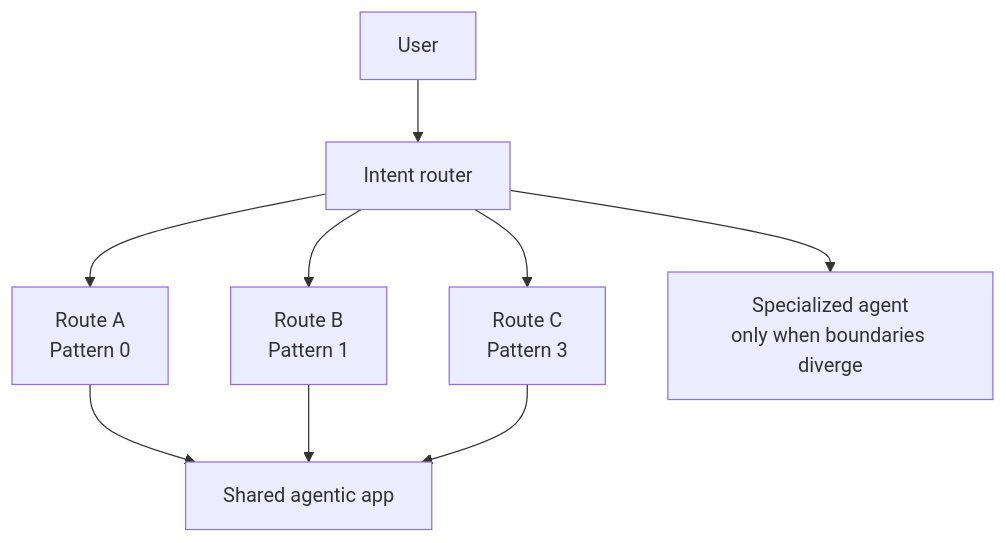
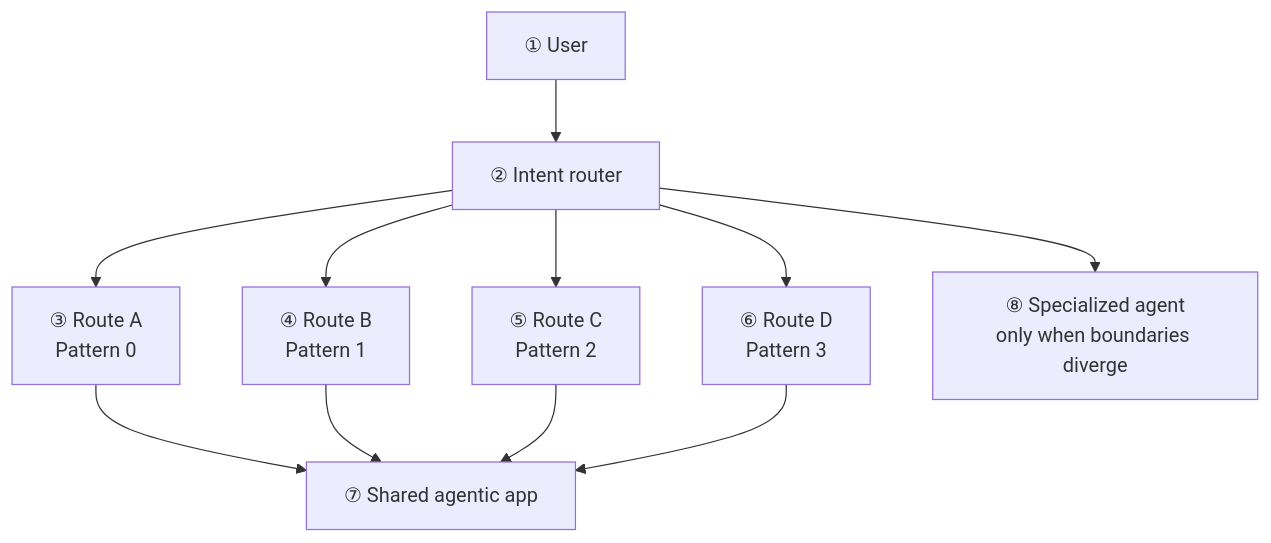
Before and after one commit to iamsharmajitender/gain: the eighth of 8 diagrams in docs/insights/2026-08-05-enterprise-ai-workflow-patterns-autonomy-vs-control/enterprise-ai-workflow-patterns-autonomy-vs-control.mdx, drawn with Mermaid. The commit also changed other lines of this file and 201 other files, not shown here.

````diff
--- a/docs/insights/2026-08-05-enterprise-ai-workflow-patterns-autonomy-vs-control/enterprise-ai-workflow-patterns-autonomy-vs-control.mdx
+++ b/docs/insights/2026-08-05-enterprise-ai-workflow-patterns-autonomy-vs-control/enterprise-ai-workflow-patterns-autonomy-vs-control.mdx
@@ -1742,11 +1923,13 @@
 ```mermaid
 flowchart TB
-    User --> Router[Intent router]
-    Router --> R1[Route A<br/>Pattern 0]
-    Router --> R2[Route B<br/>Pattern 1]
-    Router --> R3[Route C<br/>Pattern 3]
-    R1 --> App[Shared agentic app]
+    User["① User"] --> Router["② Intent router"]
+    Router --> R0["③ Route A<br/>Pattern 0"]
+    Router --> R1["④ Route B<br/>Pattern 1"]
+    Router --> R2["⑤ Route C<br/>Pattern 2"]
+    Router --> R3["⑥ Route D<br/>Pattern 3"]
+    R0 --> App["⑦ Shared agentic app"]
+    R1 --> App
     R2 --> App
     R3 --> App
-    Router --> Spec[Specialized agent<br/>only when boundaries diverge]
+    Router --> Spec["⑧ Specialized agent<br/>only when boundaries diverge"]
 ```
````
